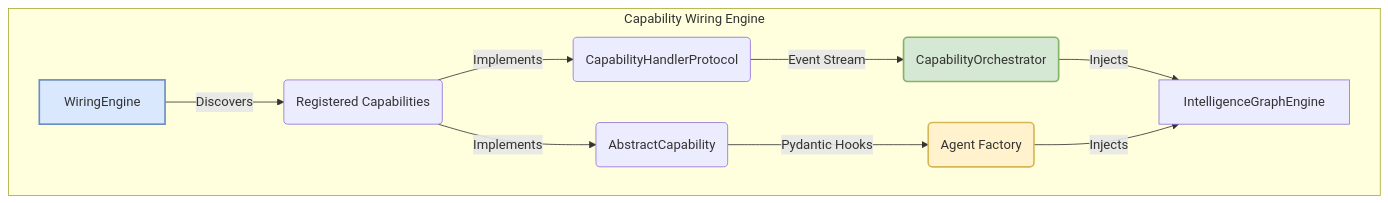
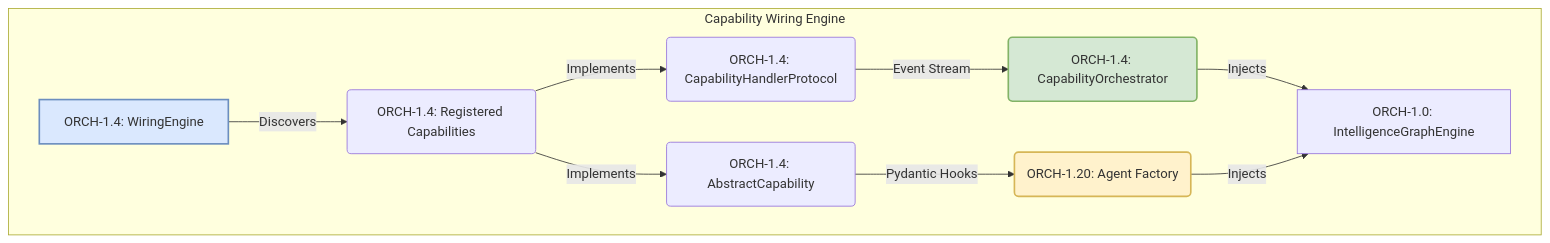
Before and after one commit to Knuckles-Team/agent-utilities: the diagram in docs/pillars/1_graph_orchestration/ORCH-1.4-Capability_Wiring_Engine.md, drawn with Mermaid. The commit also changed other lines of this file and 325 other files, not shown here.

````diff
--- a/docs/pillars/1_graph_orchestration/ORCH-1.4-Capability_Wiring_Engine.md
+++ b/docs/pillars/1_graph_orchestration/ORCH-1.4-Capability_Wiring_Engine.md
@@ -97,18 +97,18 @@
 ```mermaid
 graph TD
     subgraph ORCH1.21 [Capability Wiring Engine]
-        A[WiringEngine] -->|Discovers| B(Registered Capabilities)
-        B -->|Implements| C(CapabilityHandlerProtocol)
-        B -->|Implements| D(AbstractCapability)
+        A[ORCH-1.4: WiringEngine] -->|Discovers| B(ORCH-1.4: Registered Capabilities)
+        B -->|Implements| C(ORCH-1.4: CapabilityHandlerProtocol)
+        B -->|Implements| D(ORCH-1.4: AbstractCapability)
 
-        C -->|Event Stream| E(CapabilityOrchestrator)
-        D -->|Pydantic Hooks| F(Agent Factory)
+        C -->|Event Stream| E(ORCH-1.4: CapabilityOrchestrator)
+        D -->|Pydantic Hooks| F(ORCH-1.20: Agent Factory)
 
-        E -->|Injects| G[IntelligenceGraphEngine]
+        E -->|Injects| G[ORCH-1.0: IntelligenceGraphEngine]
         F -->|Injects| G
     end
 
     style A fill:#dae8fe,stroke:#6c8ebf,stroke-width:2px
     style E fill:#d5e8d4,stroke:#82b366,stroke-width:2px
     style F fill:#fff2cc,stroke:#d6b656,stroke-width:2px
 ```
````
